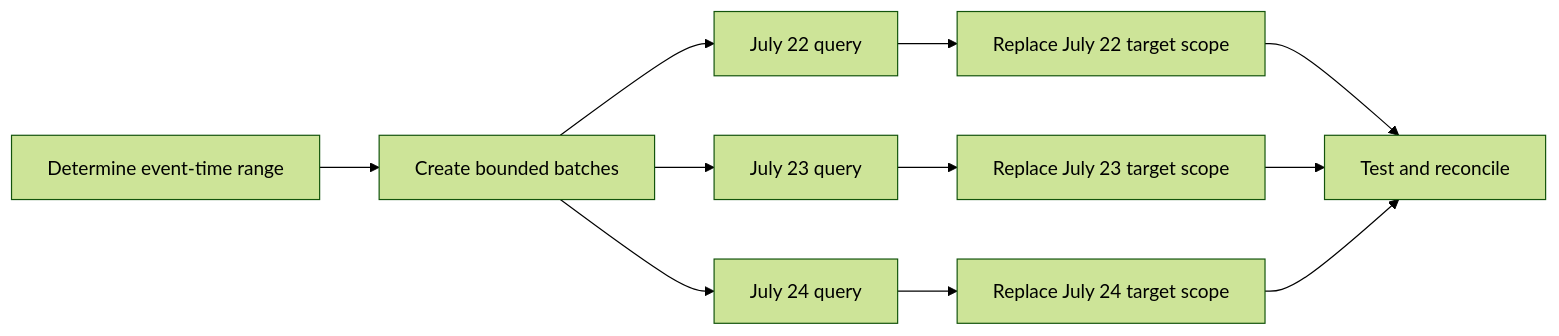
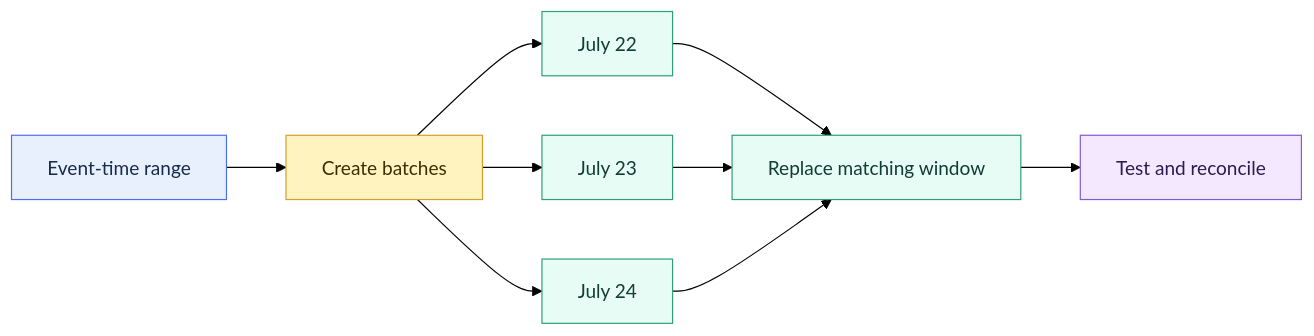
Before and after one commit to shonningsoy/Upskill: the first of 2 diagrams in 02 dbt/04 Incremental Processing and Performance/33 Microbatch Incremental Models.md, drawn with Mermaid (forest theme). The commit also changed other lines of this file and 31 other files, not shown here.

````diff
--- a/02 dbt/04 Incremental Processing and Performance/33 Microbatch Incremental Models.md
+++ b/02 dbt/04 Incremental Processing and Performance/33 Microbatch Incremental Models.md
@@ -79,13 +80,21 @@
 ```mermaid
 flowchart LR
-    A[Determine event-time range] --> B[Create bounded batches]
-    B --> C[July 22 query]
-    B --> D[July 23 query]
-    B --> E[July 24 query]
-    C --> F[Replace July 22 target scope]
-    D --> G[Replace July 23 target scope]
-    E --> H[Replace July 24 target scope]
-    F --> I[Test and reconcile]
-    G --> I
-    H --> I
+    A[Event-time range] --> B[Create batches]
+    B --> C[July 22]
+    B --> D[July 23]
+    B --> E[July 24]
+    C --> F[Replace matching window]
+    D --> F
+    E --> F
+    F --> G[Test and reconcile]
+
+    classDef input fill:#E8F0FE,stroke:#4C6EF5,color:#172B4D
+    classDef control fill:#FFF3BF,stroke:#D69E2E,color:#3D2E00
+    classDef dbt fill:#E6FCF5,stroke:#2F9E7B,color:#123C34
+    classDef platform fill:#F1F3F5,stroke:#868E96,color:#212529
+    classDef output fill:#F3E8FF,stroke:#805AD5,color:#2D1B4E
+    class A input
+    class B control
+    class C,D,E,F dbt
+    class G output
 ```
````
